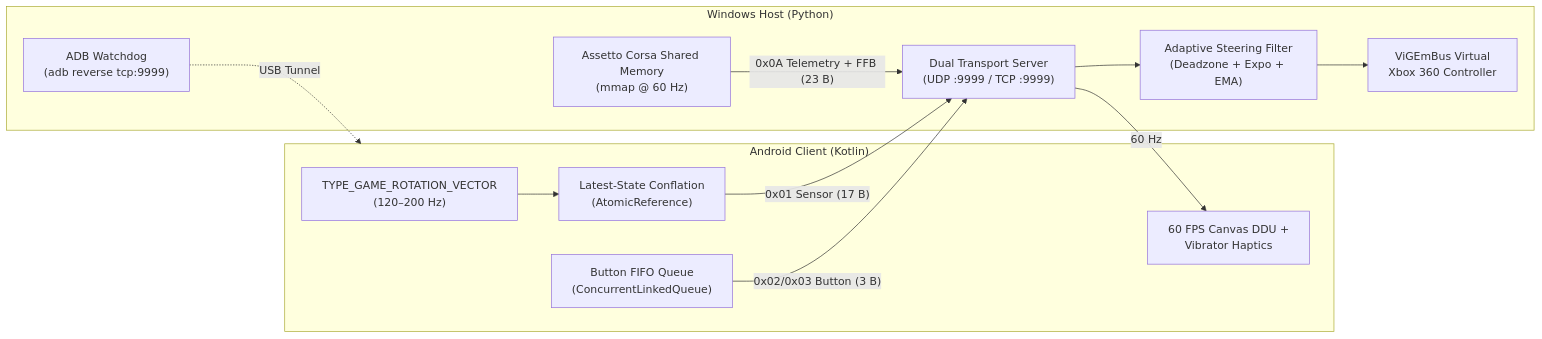
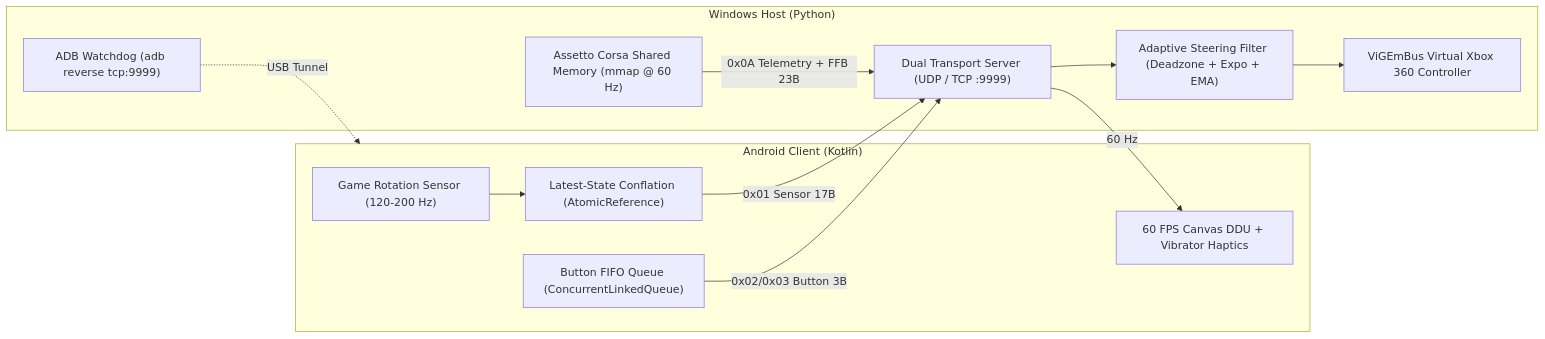
One commit to krmctlbs/phoneel changed the diagram in README.md. Above: the diagram before and after it, drawn with Mermaid. The commit also changed other lines of this file, not shown here.

````diff
--- a/README.md
+++ b/README.md
@@ -15,25 +15,25 @@
 ```mermaid
 flowchart LR
     subgraph Android["Android Client (Kotlin)"]
-        IMU["TYPE_GAME_ROTATION_VECTOR\n(120–200 Hz)"]
-        TX["Latest-State Conflation\n(AtomicReference)"]
-        FIFO["Button FIFO Queue\n(ConcurrentLinkedQueue)"]
-        DDU["60 FPS Canvas DDU +\nVibrator Haptics"]
+        IMU["Game Rotation Sensor (120-200 Hz)"]
+        TX["Latest-State Conflation (AtomicReference)"]
+        FIFO["Button FIFO Queue (ConcurrentLinkedQueue)"]
+        DDU["60 FPS Canvas DDU + Vibrator Haptics"]
     end
 
     subgraph PC["Windows Host (Python)"]
-        NET["Dual Transport Server\n(UDP :9999 / TCP :9999)"]
-        DSP["Adaptive Steering Filter\n(Deadzone + Expo + EMA)"]
-        VIG["ViGEmBus Virtual\nXbox 360 Controller"]
-        SHM["Assetto Corsa Shared Memory\n(mmap @ 60 Hz)"]
-        ADB["ADB Watchdog\n(adb reverse tcp:9999)"]
+        NET["Dual Transport Server (UDP / TCP :9999)"]
+        DSP["Adaptive Steering Filter (Deadzone + Expo + EMA)"]
+        VIG["ViGEmBus Virtual Xbox 360 Controller"]
+        SHM["Assetto Corsa Shared Memory (mmap @ 60 Hz)"]
+        ADB["ADB Watchdog (adb reverse tcp:9999)"]
     end
 
     IMU --> TX
-    TX -->|"0x01 Sensor (17 B)"| NET
-    FIFO -->|"0x02/0x03 Button (3 B)"| NET
+    TX -->|0x01 Sensor 17B| NET
+    FIFO -->|0x02/0x03 Button 3B| NET
     NET --> DSP --> VIG
-    SHM -->|"0x0A Telemetry + FFB (23 B)"| NET
-    NET -->|"60 Hz"| DDU
-    ADB -.->|"USB Tunnel"| Android
+    SHM -->|0x0A Telemetry + FFB 23B| NET
+    NET -->|60 Hz| DDU
+    ADB -.->|USB Tunnel| Android
 ```
````
